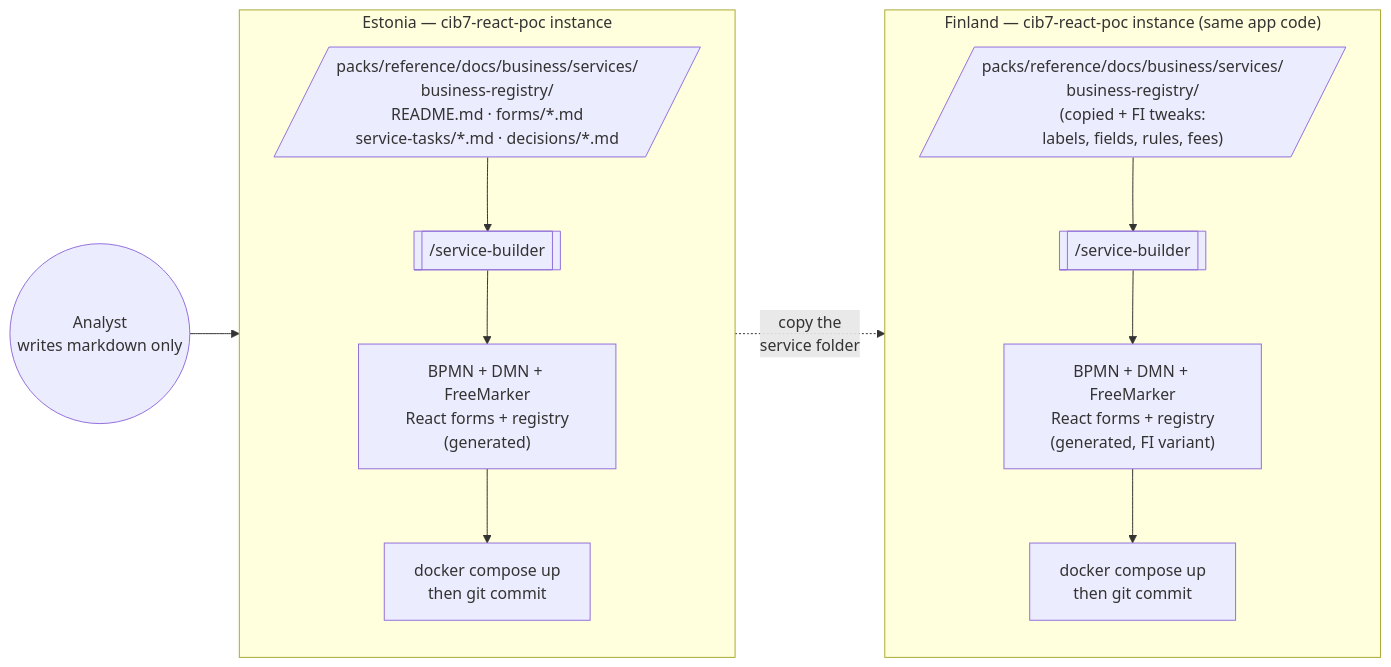
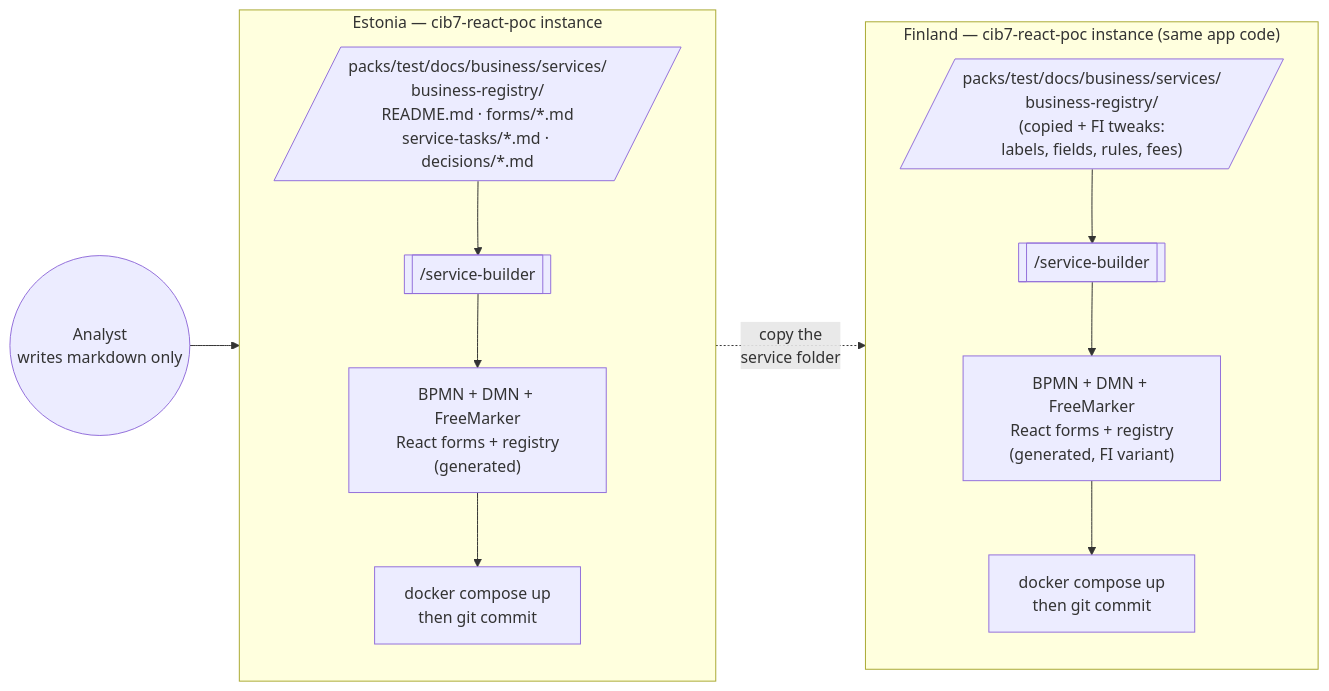
Before and after one commit to krixerx/cib7-react-poc: the diagram in README.md, drawn with Mermaid. The commit also changed other lines of this file and 160 other files, not shown here.

````diff
--- a/README.md
+++ b/README.md
@@ -153,25 +161,25 @@
 ```mermaid
 flowchart LR
   Analyst(("Analyst<br/>writes markdown only"))
 
   subgraph EE["Estonia — cib7-react-poc instance"]
     direction TB
-    EE_Spec[/"packs/reference/docs/business/services/<br/>business-registry/<br/>README.md · forms/*.md<br/>service-tasks/*.md · decisions/*.md"/]
+    EE_Spec[/"packs/test/docs/business/services/<br/>business-registry/<br/>README.md · forms/*.md<br/>service-tasks/*.md · decisions/*.md"/]
     EE_Builder[["/service-builder"]]
     EE_Code["BPMN + DMN + FreeMarker<br/>React forms + registry<br/>(generated)"]
     EE_Run["docker compose up<br/>then git commit"]
     EE_Spec --> EE_Builder --> EE_Code --> EE_Run
   end
 
   subgraph FI["Finland — cib7-react-poc instance (same app code)"]
     direction TB
-    FI_Spec[/"packs/reference/docs/business/services/<br/>business-registry/<br/>(copied + FI tweaks:<br/>labels, fields, rules, fees)"/]
+    FI_Spec[/"packs/test/docs/business/services/<br/>business-registry/<br/>(copied + FI tweaks:<br/>labels, fields, rules, fees)"/]
     FI_Builder[["/service-builder"]]
     FI_Code["BPMN + DMN + FreeMarker<br/>React forms + registry<br/>(generated, FI variant)"]
     FI_Run["docker compose up<br/>then git commit"]
     FI_Spec --> FI_Builder --> FI_Code --> FI_Run
   end
 
   Analyst --> EE_Spec
   EE_Spec -. "copy the<br/>service folder" .-> FI_Spec
 ```
````
